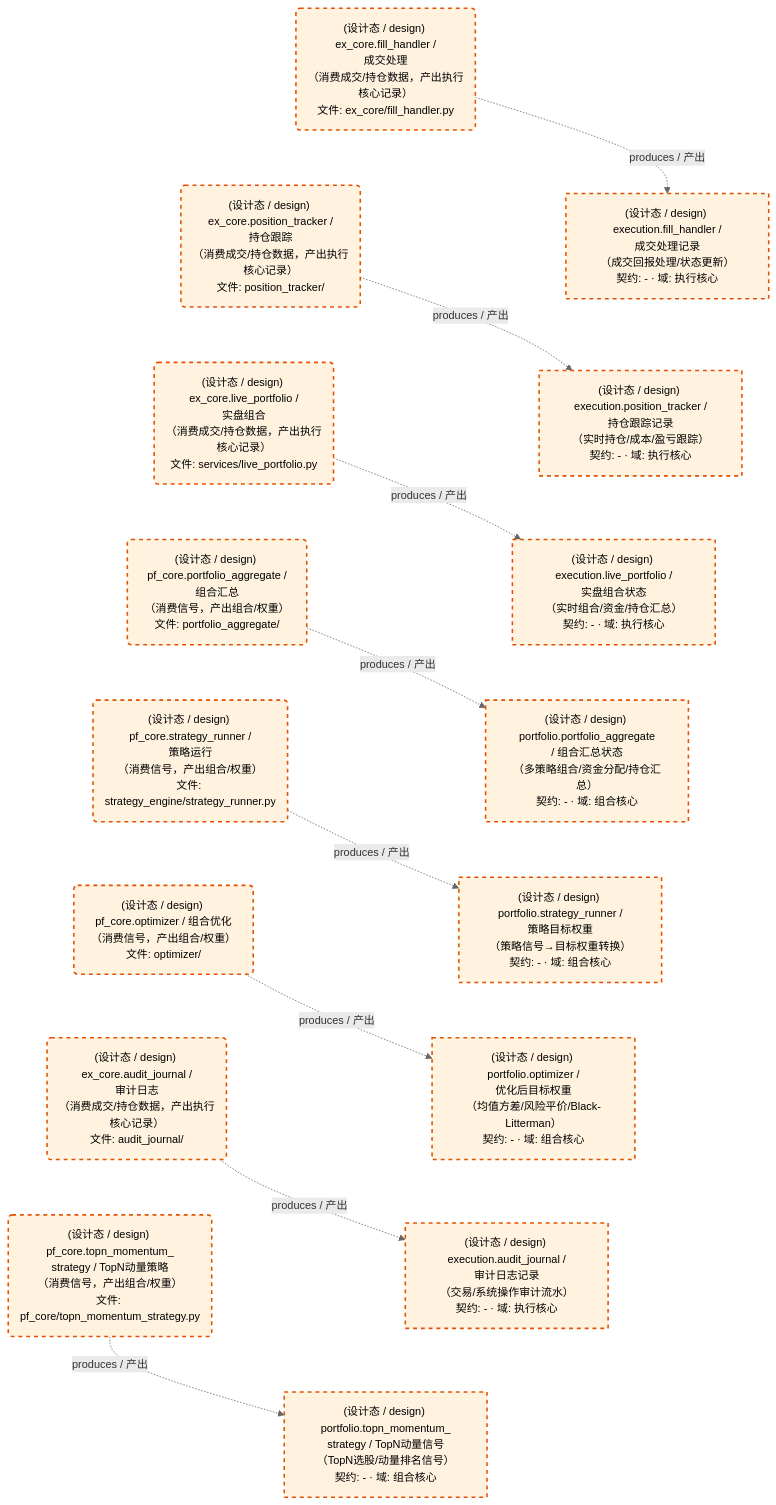
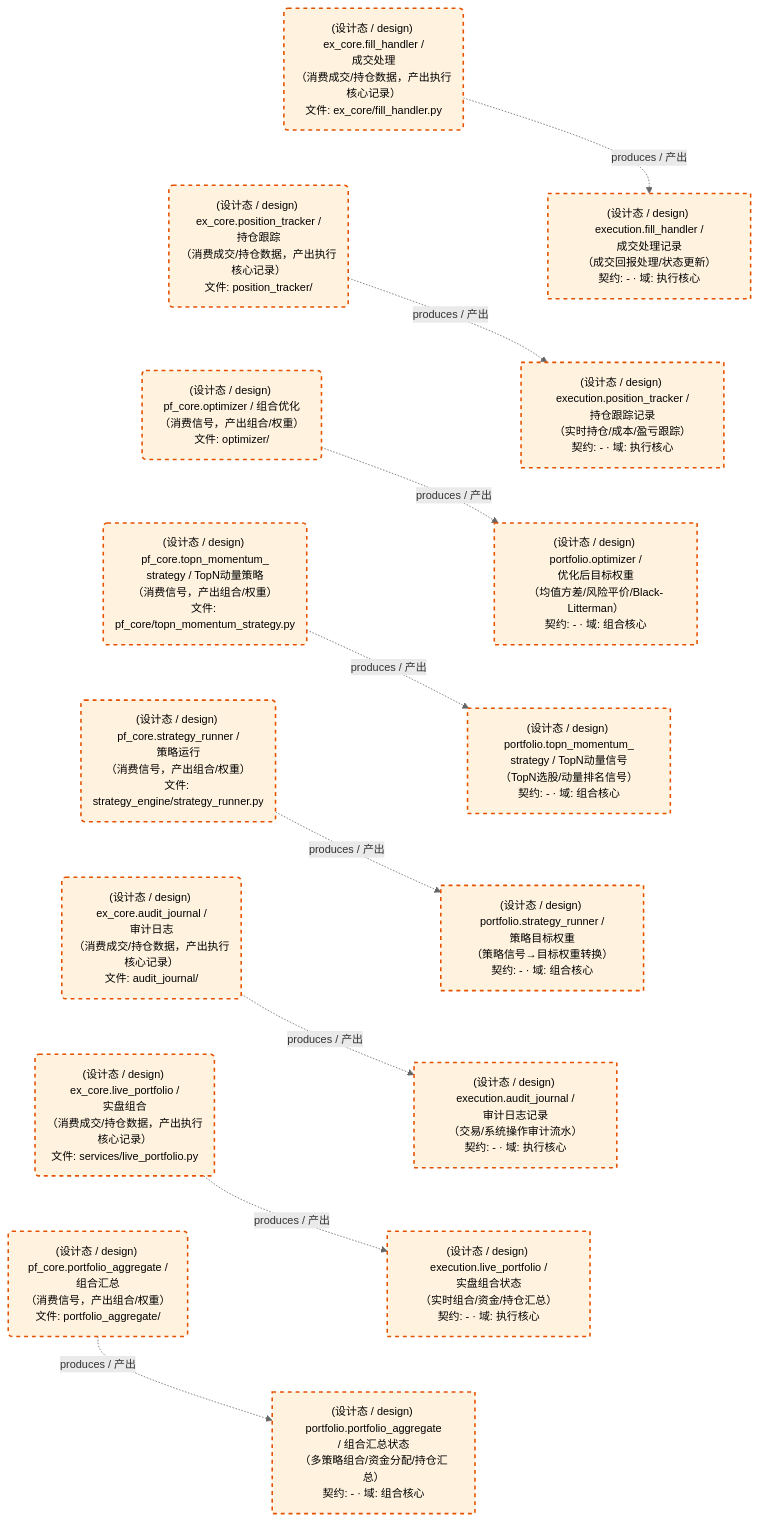
One commit to xuanFelixVan/ZephyrAlpha changed the third of 3 diagrams in docs/02_enterprise_architecture/05_dataflow_architecture/d_ex_pf_core.md. Above: the diagram before and after it, drawn with Mermaid. The commit also changed other lines of this file and 173 other files, not shown here.

````diff
--- a/docs/02_enterprise_architecture/05_dataflow_architecture/d_ex_pf_core.md
+++ b/docs/02_enterprise_architecture/05_dataflow_architecture/d_ex_pf_core.md
@@ -144,47 +144,47 @@
 ```mermaid
 %%{init: {'theme': 'base', 'themeVariables': {'primaryColor': '#eaeaea', 'primaryTextColor': '#333333', 'primaryBorderColor': '#666666', 'lineColor': '#666666', 'secondaryColor': '#eaeaea', 'tertiaryColor': '#eaeaea', 'clusterBkg': 'transparent', 'clusterBorder': 'transparent', 'fontSize': '14px'}}}%%
 flowchart TD
     DS11263["(设计态 / design) execution.audit_journal /<br/>审计日志记录<br/>（交易/系统操作审计流水）<br/>契约: - · 域: 执行核心"]
     DS11264["(设计态 / design) execution.fill_handler /<br/>成交处理记录<br/>（成交回报处理/状态更新）<br/>契约: - · 域: 执行核心"]
     DS11266["(设计态 / design) execution.live_portfolio /<br/>实盘组合状态<br/>（实时组合/资金/持仓汇总）<br/>契约: - · 域: 执行核心"]
     DS11265["(设计态 / design) execution.position_tracker /<br/>持仓跟踪记录<br/>（实时持仓/成本/盈亏跟踪）<br/>契约: - · 域: 执行核心"]
     DS11267["(设计态 / design) portfolio.optimizer /<br/>优化后目标权重<br/>（均值方差/风险平价/Black-Litterman）<br/>契约: - · 域: 组合核心"]
     DS11268["(设计态 / design) portfolio.portfolio_aggregate<br/>/ 组合汇总状态<br/>（多策略组合/资金分配/持仓汇总）<br/>契约: - · 域: 组合核心"]
     DS11269["(设计态 / design) portfolio.strategy_runner /<br/>策略目标权重<br/>（策略信号→目标权重转换）<br/>契约: - · 域: 组合核心"]
     DS11270["(设计态 / design) portfolio.topn_momentum_<br/>strategy / TopN动量信号<br/>（TopN选股/动量排名信号）<br/>契约: - · 域: 组合核心"]
     JOB757627("(设计态 / design) ex_core.audit_journal /<br/>审计日志<br/>（消费成交/持仓数据，产出执行核心记录）<br/>文件: audit_journal/")
     JOB757628("(设计态 / design) ex_core.fill_handler /<br/>成交处理<br/>（消费成交/持仓数据，产出执行核心记录）<br/>文件: ex_core/fill_handler.py")
     JOB757630("(设计态 / design) ex_core.live_portfolio /<br/>实盘组合<br/>（消费成交/持仓数据，产出执行核心记录）<br/>文件: services/live_portfolio.py")
     JOB757629("(设计态 / design) ex_core.position_tracker /<br/>持仓跟踪<br/>（消费成交/持仓数据，产出执行核心记录）<br/>文件: position_tracker/")
     JOB757631("(设计态 / design) pf_core.optimizer / 组合优化<br/>（消费信号，产出组合/权重）<br/>文件: optimizer/")
     JOB757632("(设计态 / design) pf_core.portfolio_aggregate /<br/>组合汇总<br/>（消费信号，产出组合/权重）<br/>文件: portfolio_aggregate/")
     JOB757633("(设计态 / design) pf_core.strategy_runner /<br/>策略运行<br/>（消费信号，产出组合/权重）<br/>文件: strategy_engine/strategy_runner.py")
     JOB757634("(设计态 / design) pf_core.topn_momentum_<br/>strategy / TopN动量策略<br/>（消费信号，产出组合/权重）<br/>文件: pf_core/topn_momentum_strategy.py")
     JOB757627 -.->|produces / 产出| DS11263
     JOB757628 -.->|produces / 产出| DS11264
     JOB757629 -.->|produces / 产出| DS11265
     JOB757630 -.->|produces / 产出| DS11266
     JOB757631 -.->|produces / 产出| DS11267
     JOB757632 -.->|produces / 产出| DS11268
     JOB757633 -.->|produces / 产出| DS11269
     JOB757634 -.->|produces / 产出| DS11270
     JOB757628 ~~~ JOB757629
-    JOB757629 ~~~ JOB757630
+    JOB757629 ~~~ JOB757631
+    JOB757631 ~~~ JOB757634
+    JOB757634 ~~~ JOB757633
+    JOB757633 ~~~ JOB757627
+    JOB757627 ~~~ JOB757630
     JOB757630 ~~~ JOB757632
-    JOB757632 ~~~ JOB757633
-    JOB757633 ~~~ JOB757631
-    JOB757631 ~~~ JOB757627
-    JOB757627 ~~~ JOB757634
     DS11264 ~~~ DS11265
-    DS11265 ~~~ DS11266
+    DS11265 ~~~ DS11267
+    DS11267 ~~~ DS11270
+    DS11270 ~~~ DS11269
+    DS11269 ~~~ DS11263
+    DS11263 ~~~ DS11266
     DS11266 ~~~ DS11268
-    DS11268 ~~~ DS11269
-    DS11269 ~~~ DS11267
-    DS11267 ~~~ DS11263
-    DS11263 ~~~ DS11270
     classDef production fill:#e1f5fe,stroke:#01579b,stroke-width:2px,color:#000
     classDef design fill:#fff3e0,stroke:#e65100,stroke-width:2px,color:#000,stroke-dasharray: 5 5
     classDef external_prod fill:#e8f4fd,stroke:#0277bd,stroke-width:1px,color:#000
     classDef external_design fill:#fff8e7,stroke:#ef6c00,stroke-width:1px,color:#000,stroke-dasharray: 5 5
     class DS11263,DS11264,DS11266,DS11265,DS11267,DS11268,DS11269,DS11270,JOB757627,JOB757628,JOB757630,JOB757629,JOB757631,JOB757632,JOB757633,JOB757634 design
 ```
````
